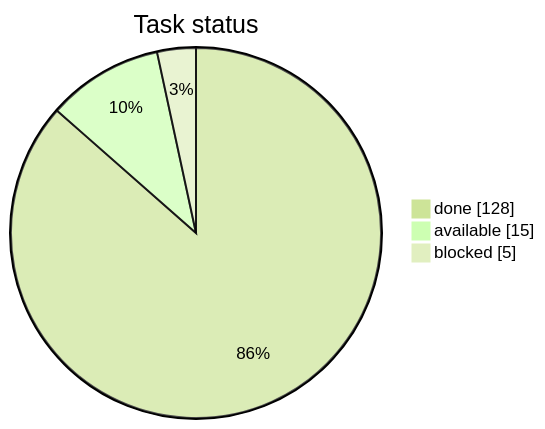
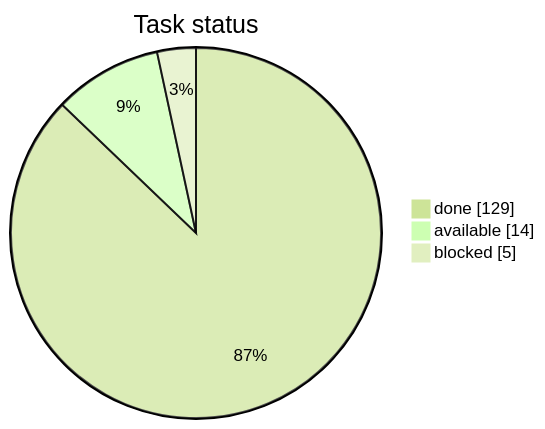
One commit to artemiiShabanov/RallyRivals changed the first of 3 diagrams in STATUS.md. Above: the diagram before and after it, drawn with Mermaid (forest theme). The commit also changed other lines of this file and 6 other files, not shown here.

````diff
--- a/STATUS.md
+++ b/STATUS.md
@@ -7,7 +7,7 @@
 ```mermaid
 pie showData
     title Task status
-    "done" : 128
-    "available" : 15
+    "done" : 129
+    "available" : 14
     "blocked" : 5
 ```
````
